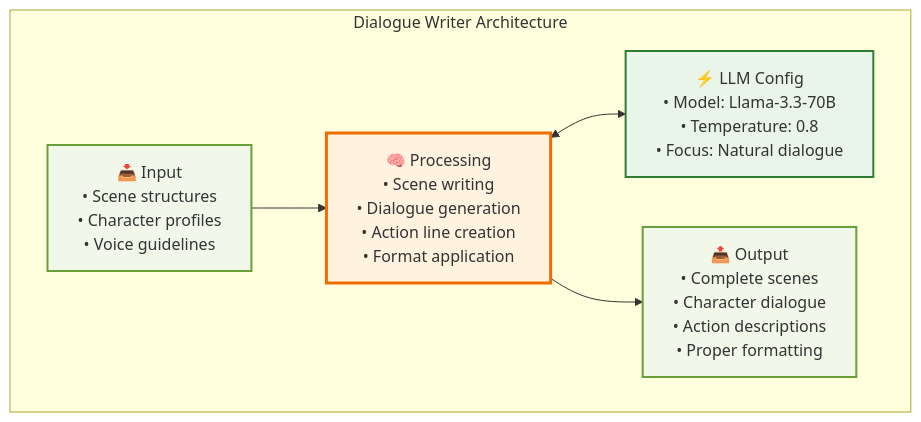
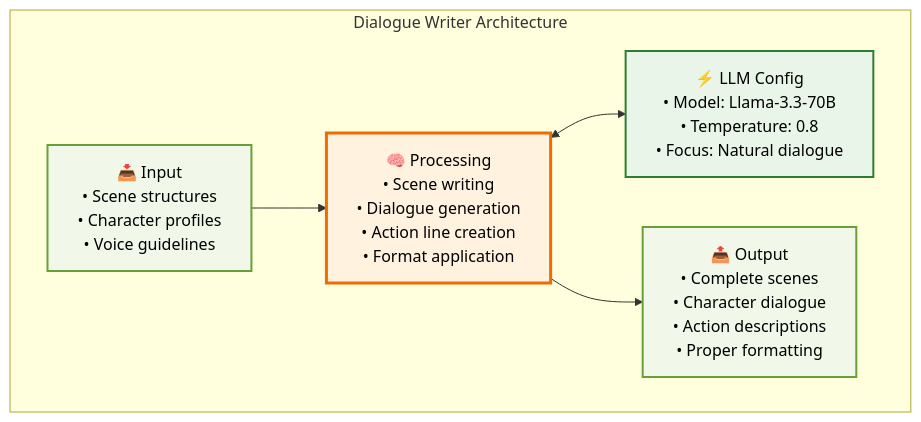
The seventh of 13 diagrams in movie-mas/Presentation/Movie-Scene-Creator-Presentation.md (drMy5tery/Movie-Scene-Creator), drawn with Mermaid before and after one commit. The commit also changed other lines of this file, not shown here.

````diff
--- a/movie-mas/Presentation/Movie-Scene-Creator-Presentation.md
+++ b/movie-mas/Presentation/Movie-Scene-Creator-Presentation.md
@@ -378,21 +378,21 @@
 ```mermaid
 graph TB
     subgraph "Dialogue Writer Architecture"
         INPUT[📥 Input<br/>• Scene structures<br/>• Character profiles<br/>• Voice guidelines]
         
         PROCESS[🧠 Processing<br/>• Scene writing<br/>• Dialogue generation<br/>• Action line creation<br/>• Format application]
         
         LLM[⚡ LLM Config<br/>• Model: Llama-3.3-70B<br/>• Temperature: 0.8<br/>• Focus: Natural dialogue]
         
         OUTPUT[📤 Output<br/>• Complete scenes<br/>• Character dialogue<br/>• Action descriptions<br/>• Proper formatting]
         
         INPUT --> PROCESS
         PROCESS <--> LLM
         PROCESS --> OUTPUT
         
-        style INPUT fill:#f1f8e9,stroke:#689f38,stroke-width:2px
-        style PROCESS fill:#fff3e0,stroke:#ef6c00,stroke-width:3px
-        style LLM fill:#e8f5e8,stroke:#2e7d32,stroke-width:2px
-        style OUTPUT fill:#f1f8e9,stroke:#689f38,stroke-width:2px
+        style INPUT fill:#f1f8e9,stroke:#689f38,stroke-width:2px,color:#000000
+        style PROCESS fill:#fff3e0,stroke:#ef6c00,stroke-width:3px,color:#000000
+        style LLM fill:#e8f5e8,stroke:#2e7d32,stroke-width:2px,color:#000000
+        style OUTPUT fill:#f1f8e9,stroke:#689f38,stroke-width:2px,color:#000000
     end
 ```
````
